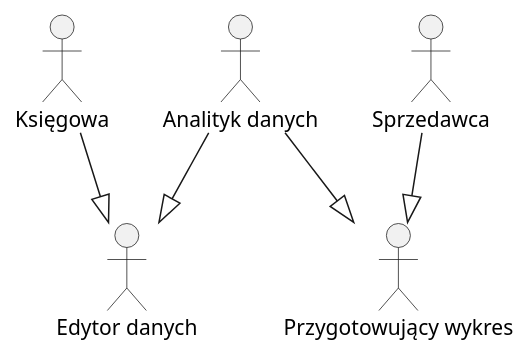
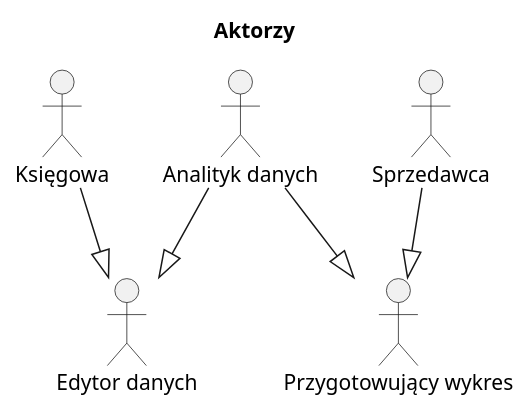
One commit to resultfulness/pgui-uml changed the diagram in src/requirements/actors.puml. Above: the diagram before and after it, drawn with PlantUML. The commit also changed 9 other files, not shown here.

```diff
--- a/src/requirements/actors.puml
+++ b/src/requirements/actors.puml
@@ -1,12 +1,14 @@
 @startuml
+title Aktorzy
+
 actor "Edytor danych" as editor
 actor "Przygotowujący wykres" as diagram_creator
 actor "Analityk danych" as analyst
 actor "Księgowa" as accountant
 actor "Sprzedawca" as seller
 
 accountant --|> editor
 analyst --|> editor
 analyst --|> diagram_creator
 seller --|> diagram_creator
 @enduml
```
